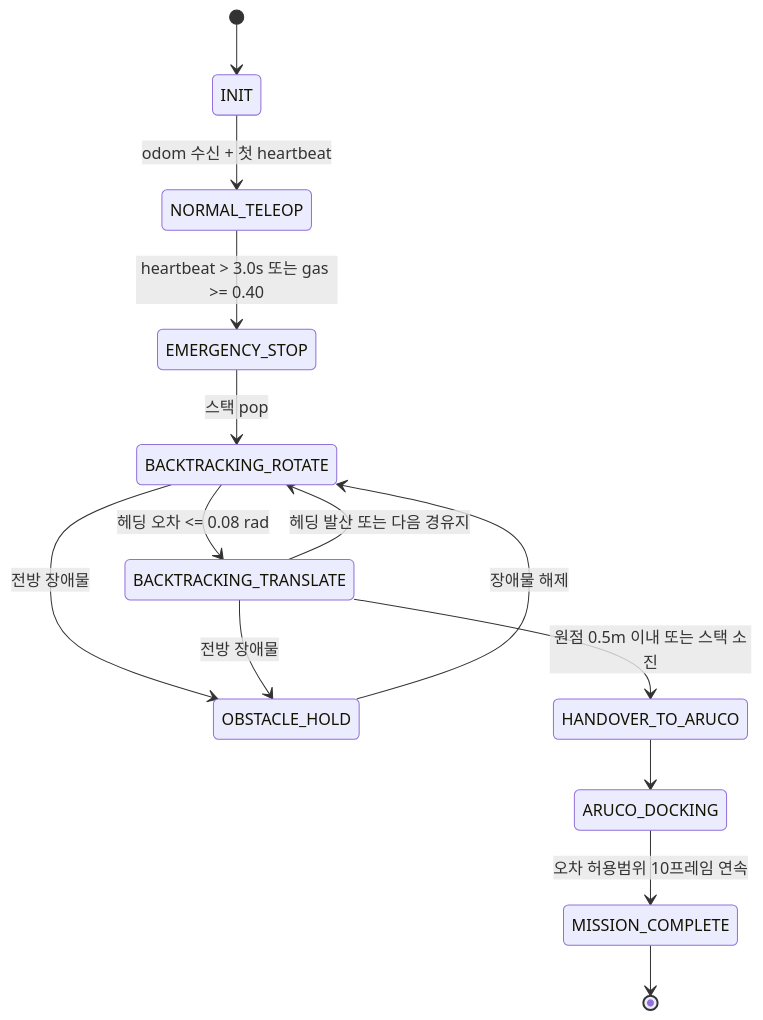
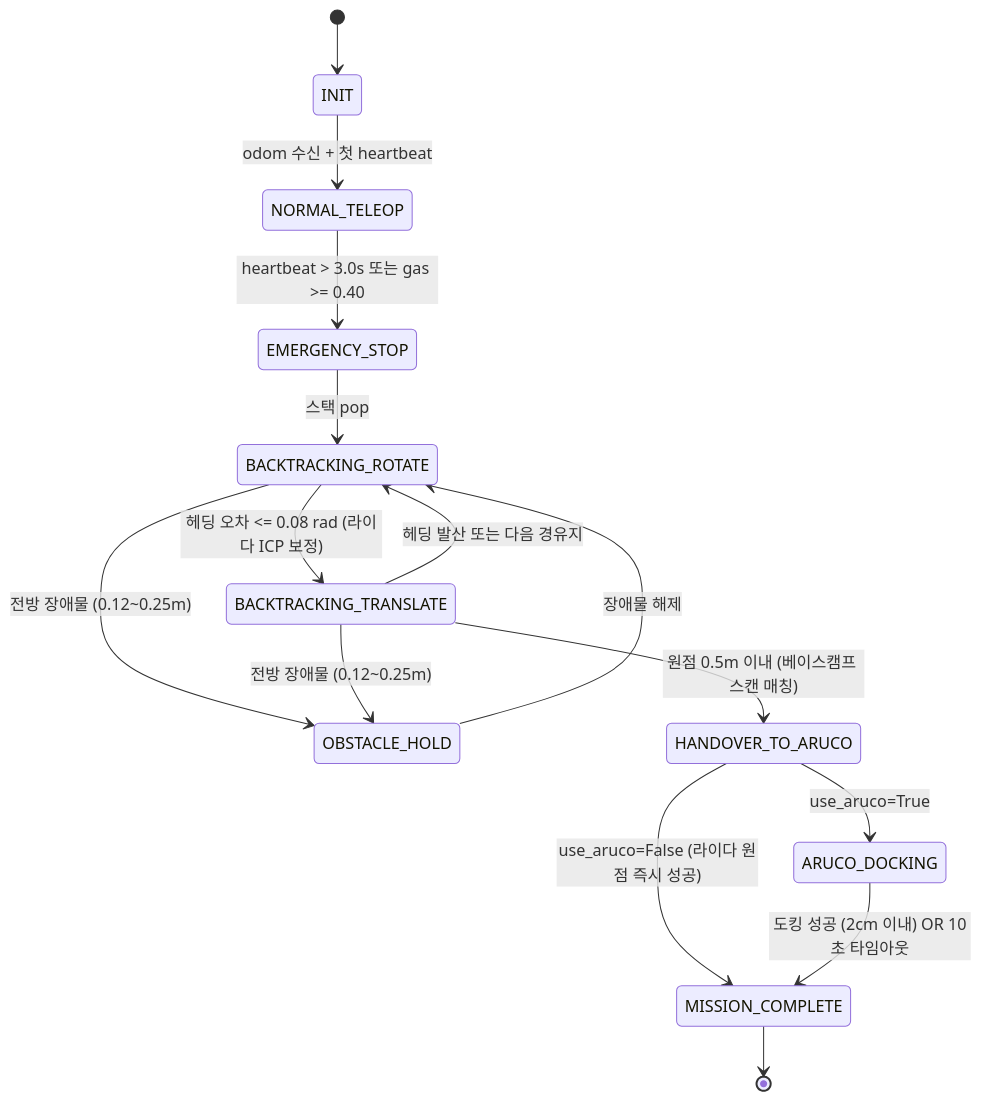
One commit to rjw136-lab/disaster_recovery_ws changed the second of 2 diagrams in README.md. Above: the diagram before and after it, drawn with Mermaid. The commit also changed other lines of this file, not shown here.

````diff
--- a/README.md
+++ b/README.md
@@ -124,16 +161,17 @@
 ```mermaid
 stateDiagram-v2
     [*] --> INIT
     INIT --> NORMAL_TELEOP: odom 수신 + 첫 heartbeat
     NORMAL_TELEOP --> EMERGENCY_STOP: heartbeat > 3.0s 또는 gas >= 0.40
     EMERGENCY_STOP --> BACKTRACKING_ROTATE: 스택 pop
-    BACKTRACKING_ROTATE --> BACKTRACKING_TRANSLATE: 헤딩 오차 <= 0.08 rad
+    BACKTRACKING_ROTATE --> BACKTRACKING_TRANSLATE: 헤딩 오차 <= 0.08 rad (라이다 ICP 보정)
     BACKTRACKING_TRANSLATE --> BACKTRACKING_ROTATE: 헤딩 발산 또는 다음 경유지
-    BACKTRACKING_ROTATE --> OBSTACLE_HOLD: 전방 장애물
-    BACKTRACKING_TRANSLATE --> OBSTACLE_HOLD: 전방 장애물
+    BACKTRACKING_ROTATE --> OBSTACLE_HOLD: 전방 장애물 (0.12~0.25m)
+    BACKTRACKING_TRANSLATE --> OBSTACLE_HOLD: 전방 장애물 (0.12~0.25m)
     OBSTACLE_HOLD --> BACKTRACKING_ROTATE: 장애물 해제
-    BACKTRACKING_TRANSLATE --> HANDOVER_TO_ARUCO: 원점 0.5m 이내 또는 스택 소진
-    HANDOVER_TO_ARUCO --> ARUCO_DOCKING
-    ARUCO_DOCKING --> MISSION_COMPLETE: 오차 허용범위 10프레임 연속
+    BACKTRACKING_TRANSLATE --> HANDOVER_TO_ARUCO: 원점 0.5m 이내 (베이스캠프 스캔 매칭)
+    HANDOVER_TO_ARUCO --> ARUCO_DOCKING: use_aruco=True
+    HANDOVER_TO_ARUCO --> MISSION_COMPLETE: use_aruco=False (라이다 원점 즉시 성공)
+    ARUCO_DOCKING --> MISSION_COMPLETE: 도킹 성공 (2cm 이내) OR 10초 타임아웃
     MISSION_COMPLETE --> [*]
 ```
````
